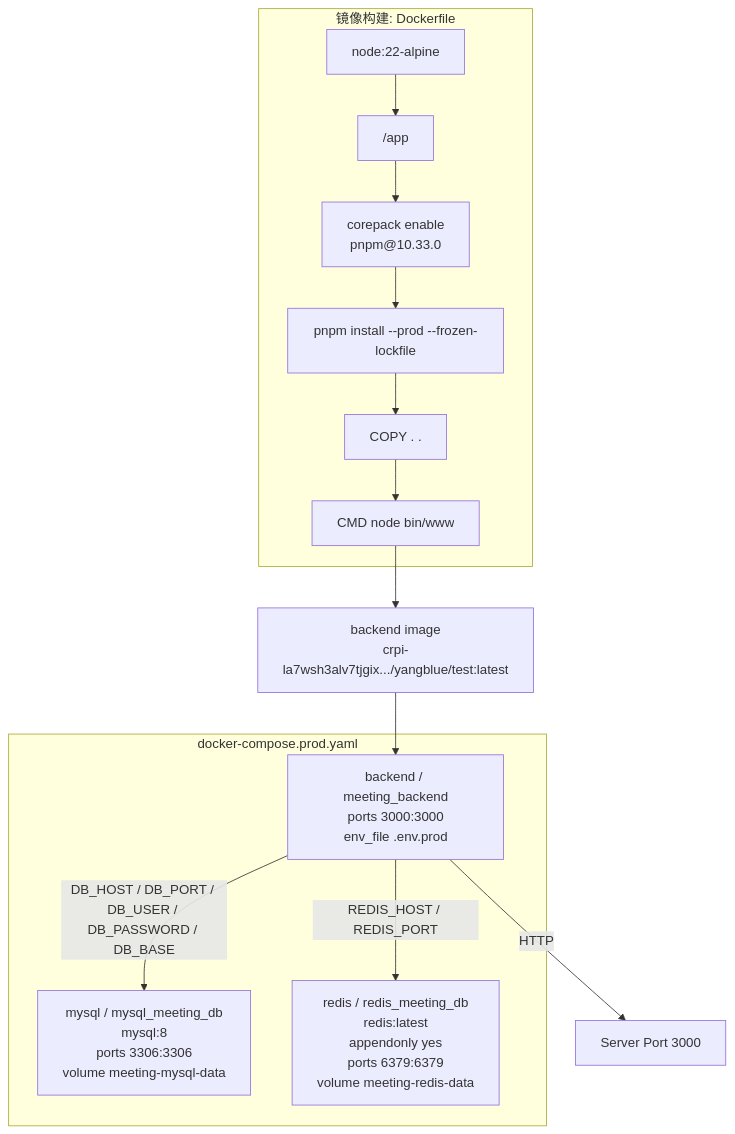
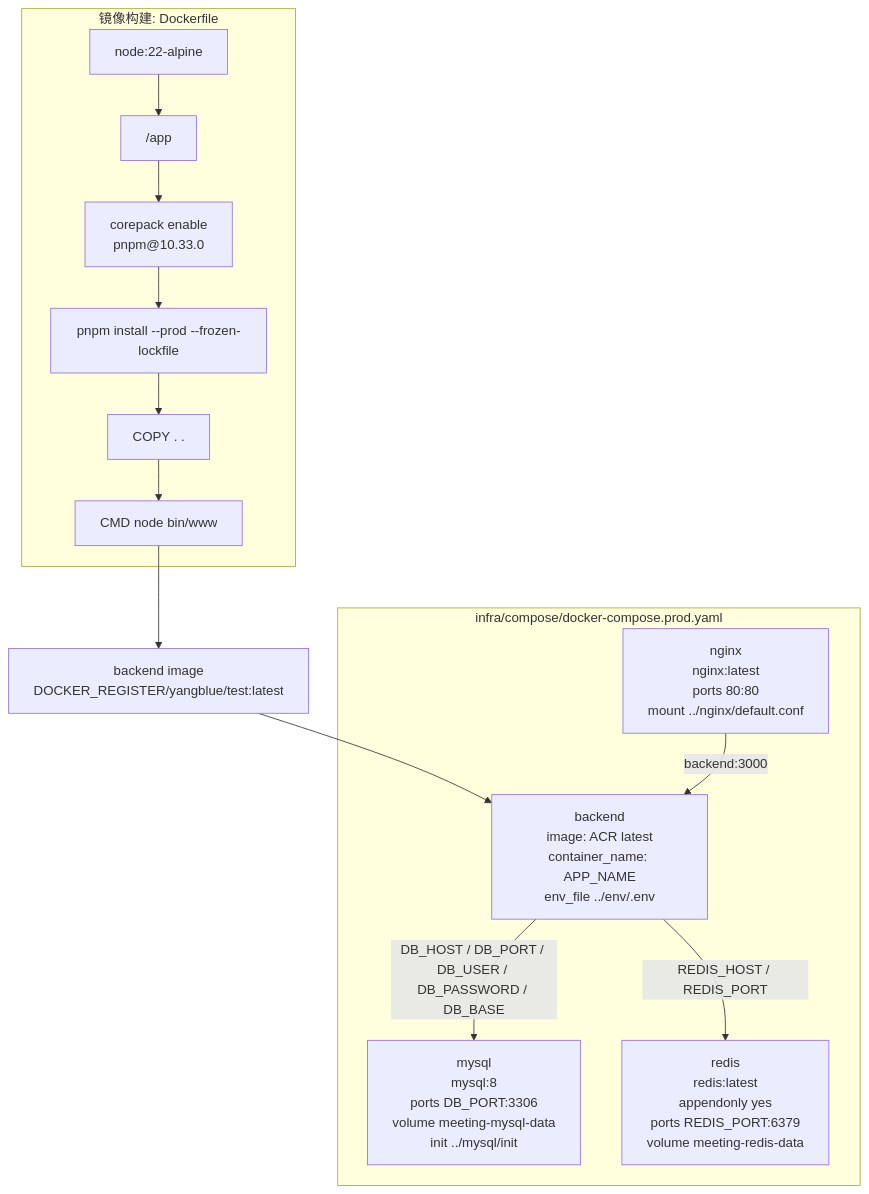
Before and after one commit to taotao9125/light-agent: the third of 4 diagrams in server/dev-to-deploy-architecture.md, drawn with Mermaid. The commit also changed other lines of this file, not shown here.

Commit message:
🎉: 架构图更新

````diff
--- a/server/dev-to-deploy-architecture.md
+++ b/server/dev-to-deploy-architecture.md
@@ -100,26 +110,27 @@
 ```mermaid
 flowchart TD
     subgraph BUILD_STAGE[镜像构建: Dockerfile]
         NODE[node:22-alpine]
         WORKDIR["/app"]
-        PNPM[corepack enable<br/>pnpm@10.33.0]
-        INSTALL[pnpm install --prod --frozen-lockfile]
+        PNPM["corepack enable<br/>pnpm@10.33.0"]
+        INSTALL["pnpm install --prod --frozen-lockfile"]
         COPY[COPY . .]
-        CMD[CMD node bin/www]
+        CMD["CMD node bin/www"]
 
         NODE --> WORKDIR --> PNPM --> INSTALL --> COPY --> CMD
     end
 
-    CMD --> BACKEND_IMAGE[backend image<br/>crpi-la7wsh3alv7tjgix.../yangblue/test:latest]
+    CMD --> BACKEND_IMAGE["backend image<br/>DOCKER_REGISTER/yangblue/test:latest"]
 
-    subgraph PROD_COMPOSE[docker-compose.prod.yaml]
-        BACKEND[backend / meeting_backend<br/>ports 3000:3000<br/>env_file .env.prod]
-        MYSQL[mysql / mysql_meeting_db<br/>mysql:8<br/>ports 3306:3306<br/>volume meeting-mysql-data]
-        REDIS[redis / redis_meeting_db<br/>redis:latest<br/>appendonly yes<br/>ports 6379:6379<br/>volume meeting-redis-data]
+    subgraph PROD_COMPOSE["infra/compose/docker-compose.prod.yaml"]
+        NGINX["nginx<br/>nginx:latest<br/>ports 80:80<br/>mount ../nginx/default.conf"]
+        BACKEND["backend<br/>image: ACR latest<br/>container_name: APP_NAME<br/>env_file ../env/.env"]
+        MYSQL["mysql<br/>mysql:8<br/>ports DB_PORT:3306<br/>volume meeting-mysql-data<br/>init ../mysql/init"]
+        REDIS["redis<br/>redis:latest<br/>appendonly yes<br/>ports REDIS_PORT:6379<br/>volume meeting-redis-data"]
     end
 
     BACKEND_IMAGE --> BACKEND
+    NGINX -->|backend:3000| BACKEND
     BACKEND -->|DB_HOST / DB_PORT / DB_USER / DB_PASSWORD / DB_BASE| MYSQL
     BACKEND -->|REDIS_HOST / REDIS_PORT| REDIS
-    BACKEND -->|HTTP| PORT3000[Server Port 3000]
 ```
````
